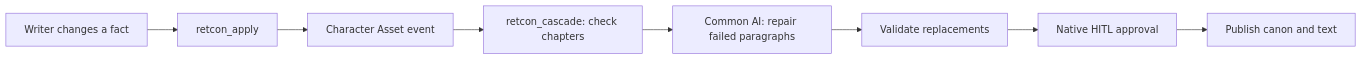
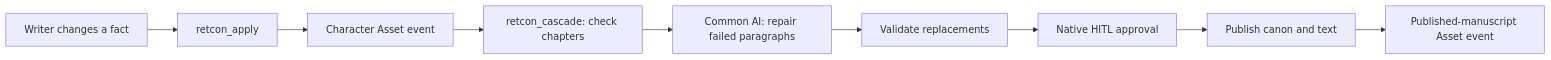
One commit to abhinavm24/RETCON changed the diagram in README.md. Above: the diagram before and after it, drawn with Mermaid. The commit also changed other lines of this file and 6 other files, not shown here.

````diff
--- a/README.md
+++ b/README.md
@@ -74,10 +80,11 @@
 ```mermaid
 flowchart LR
     W[Writer changes a fact] --> A[retcon_apply]
     A --> E[Character Asset event]
     E --> C[retcon_cascade: check chapters]
     C --> L[Common AI: repair failed paragraphs]
     L --> V[Validate replacements]
     V --> H[Native HITL approval]
     H --> P[Publish canon and text]
+    P --> M[Published-manuscript Asset event]
 ```
````
